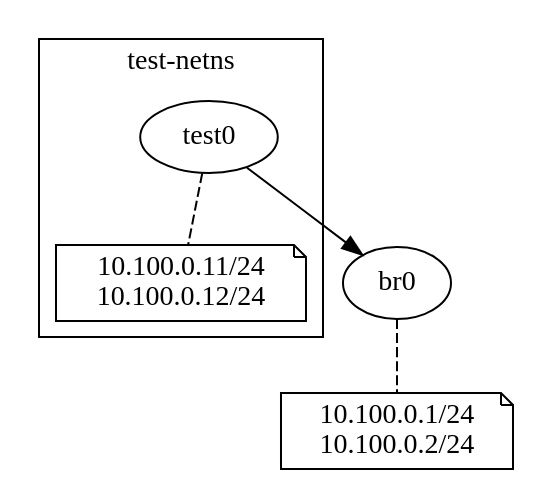
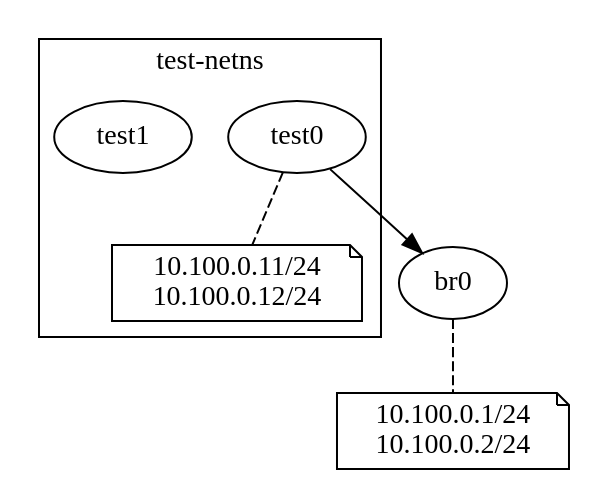
Before and after one commit to svinota/sdn-fixtures: the diagram in examples/003-veth-netns.dot, drawn with Graphviz. The commit also changed 3 other files, not shown here.

```diff
--- a/examples/003-veth-netns.dot
+++ b/examples/003-veth-netns.dot
@@ -1,23 +1,24 @@
 digraph G {
 
     # Using a subgraph, you can place a veth peer in a network namespace.
     # The label is used as its name, while type=netns tells the script
     # that it represents a network namespace.
 
     subgraph cluster_n0 {
         label="test-netns";
         type=netns;
 
-        "port0" [type=interface, kind=veth, label="test0"];
+        "port0" [type=interface, kind=veth, label="test0", sysctl="?brport/hairpin_mode=1", key=2];
         "port0:ip" [shape=note, label="10.100.0.11/24\n10.100.0.12/24"];
         "port0" -> "port0:ip" [style=dashed, dir=none];
+        "port1" [type=interface, kind=dummy, label="test1", key=2];
     }
 
     # The bridge in this example is located in the main network namespace.
 
     "br0" [type=interface, kind=bridge, label="br0"];
     "br0:ip" [shape=note, label="10.100.0.1/24\n10.100.0.2/24"];
     "br0" -> "br0:ip" [style=dashed, dir=none];
 
     "port0" -> "br0";
 }
```
